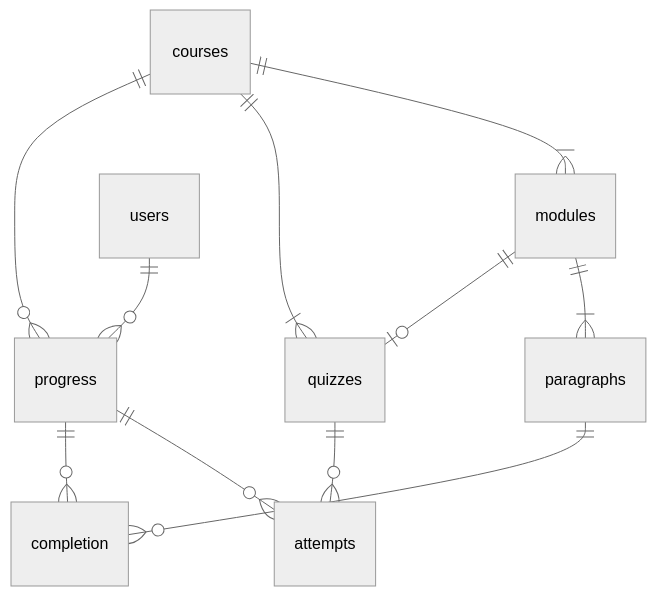
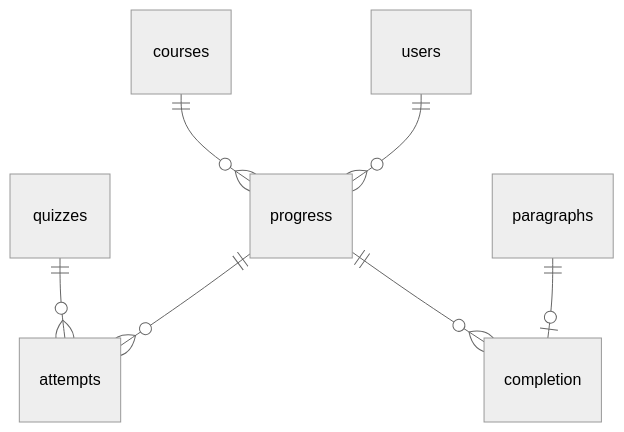
One commit to thomasjoneshopper/cec-lms-backend changed the second of 2 diagrams in docs/README.md. Above: the diagram before and after it, drawn with Mermaid (neutral theme). The commit also changed other lines of this file, not shown here.

Commit message:
working on erd

````diff
--- a/docs/README.md
+++ b/docs/README.md
@@ -7,28 +40,20 @@
 ```mermaid
 erDiagram
     courses
-    modules
-    paragraphs
-    quizzes
-
     users
 
+    quizzes
     progress
+    paragraphs
+    
     attempts
     completion
 
-    courses ||--|{ modules : ""
-    modules ||--|{ paragraphs : ""
-    courses ||--|{ quizzes : ""
-    modules ||--o| quizzes : ""
-
-    courses ||--o{ progress : ""
-    users ||--o{ progress : ""
+    courses ||--o{ progress: ""
+    users ||--o{ progress: ""
 
     progress ||--o{ attempts : ""
+    quizzes ||--o{ attempts: ""
     progress ||--o{ completion : ""
-
-    quizzes ||--o{ attempts : ""
-    paragraphs ||--o{ completion : ""
-    
+    paragraphs ||--o| completion : ""
 ```
````
